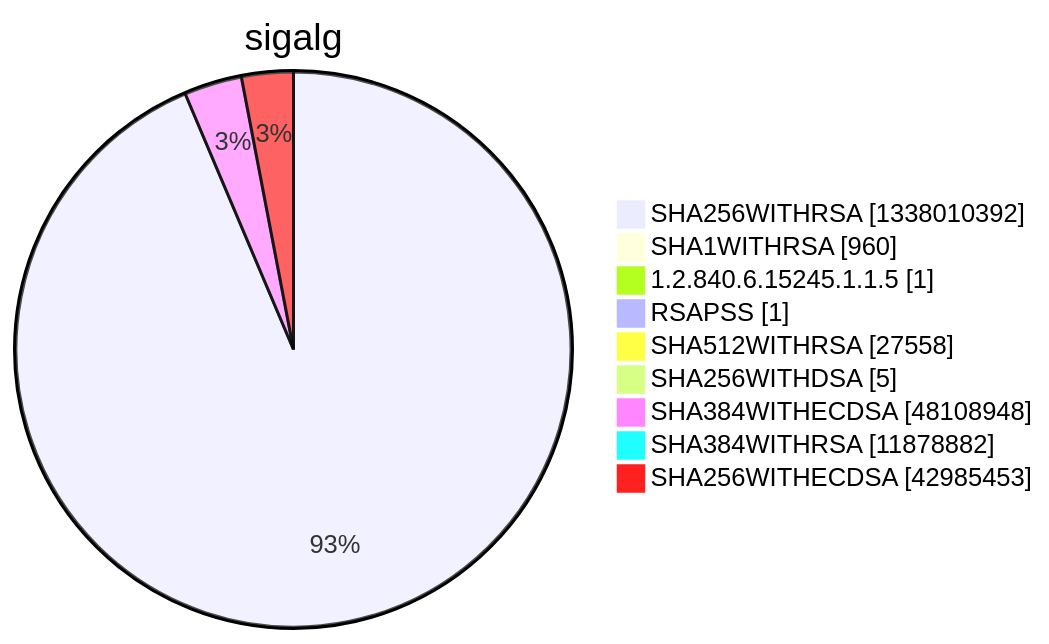
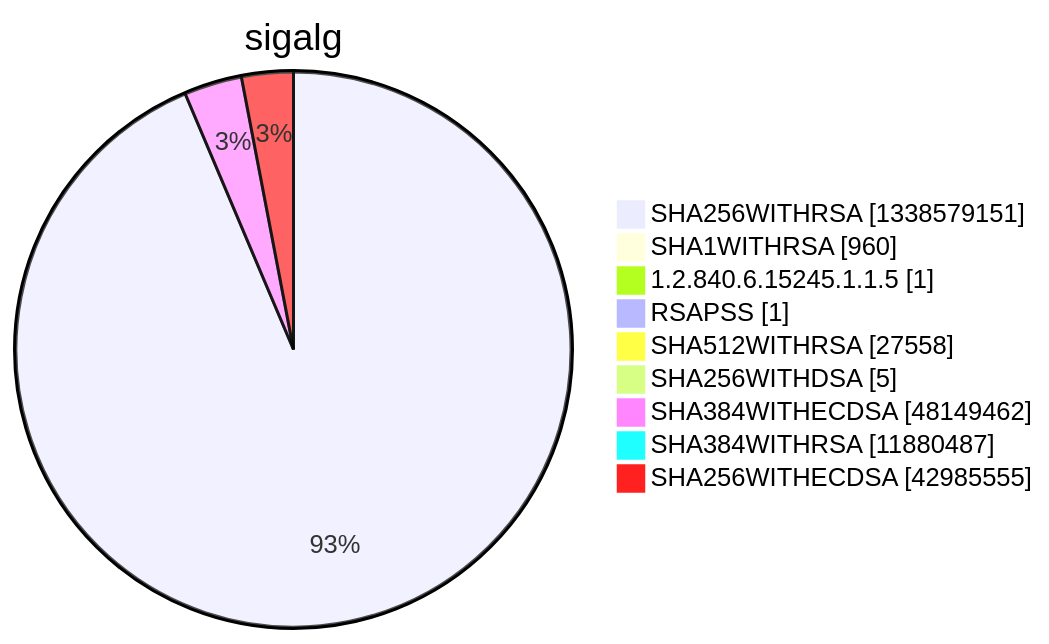
Before and after one commit to christiankrug/ctmonitor_visualization: diagram 15 of 15 in argon2022/README.md, drawn with Mermaid. The commit also changed other lines of this file, not shown here.

````diff
--- a/argon2022/README.md
+++ b/argon2022/README.md
@@ -5524,13 +5524,13 @@
 ```mermaid
 pie showData
 title sigalg
-"SHA256WITHRSA" :1338010392
+"SHA256WITHRSA" :1338579151
 "SHA1WITHRSA" :960
 "1.2.840.6.15245.1.1.5" :1
 "RSAPSS" :1
 "SHA512WITHRSA" :27558
 "SHA256WITHDSA" :5
-"SHA384WITHECDSA" :48108948
-"SHA384WITHRSA" :11878882
-"SHA256WITHECDSA" :42985453
+"SHA384WITHECDSA" :48149462
+"SHA384WITHRSA" :11880487
+"SHA256WITHECDSA" :42985555
 ```
````
